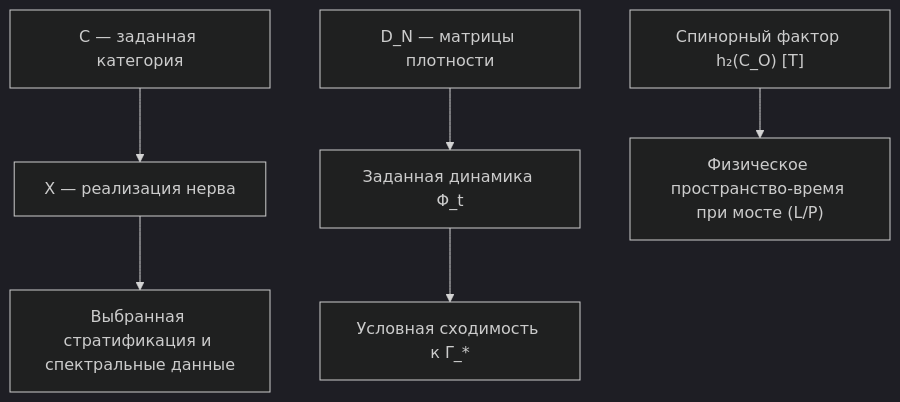
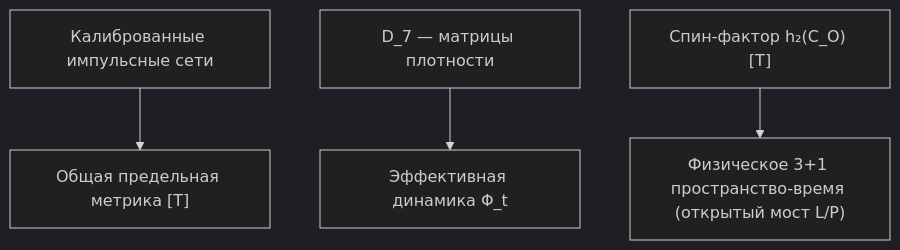
The diagram in website/i18n/ru/docusaurus-plugin-content-docs/current/core/foundations/spacetime.md (gst-st/uhm), drawn with Mermaid (dark theme) before and after one commit. The commit also changed other lines of this file and 376 other files, not shown here.

First line of the commit message:
Refactor UHM canon, decontaminate architecture, and verify EN/RU parity

````diff
--- a/website/i18n/ru/docusaurus-plugin-content-docs/current/core/foundations/spacetime.md
+++ b/website/i18n/ru/docusaurus-plugin-content-docs/current/core/foundations/spacetime.md
@@ -365,16 +178,12 @@
 ```mermaid
 graph TD
- C["C — заданная категория"]
- X["X — реализация нерва"]
- GEO["Выбранная стратификация и спектральные данные"]
- STATES["D_N — матрицы плотности"]
- FLOW["Заданная динамика Φ_t"]
- CONV["Условная сходимость к Γ_*"]
- SPIN["Спинорный фактор h₂#40;C_O#41; #91;Т#93;"]
- SPACE["Физическое пространство-время при мосте #40;L/P#41;"]
- C --> X
- X --> GEO
+ NET["Калиброванные импульсные сети"]
+ LIM["Общая предельная метрика #91;Т#93;"]
+ STATES["D_7 — матрицы плотности"]
+ FLOW["Эффективная динамика Φ_t"]
+ SPIN["Спин-фактор h₂#40;C_O#41; #91;Т#93;"]
+ SPACE["Физическое 3+1 пространство-время #40;открытый мост L/P#41;"]
+ NET --> LIM
  STATES --> FLOW
- FLOW --> CONV
  SPIN --> SPACE
 ```
````
